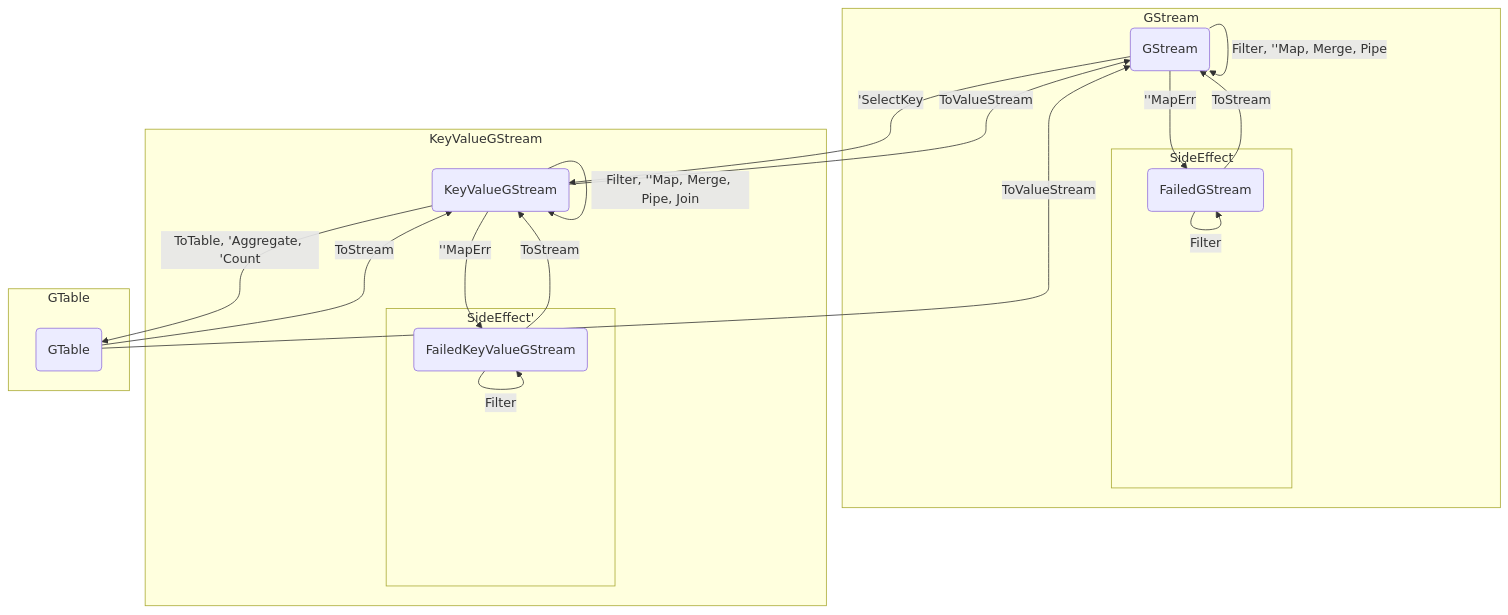
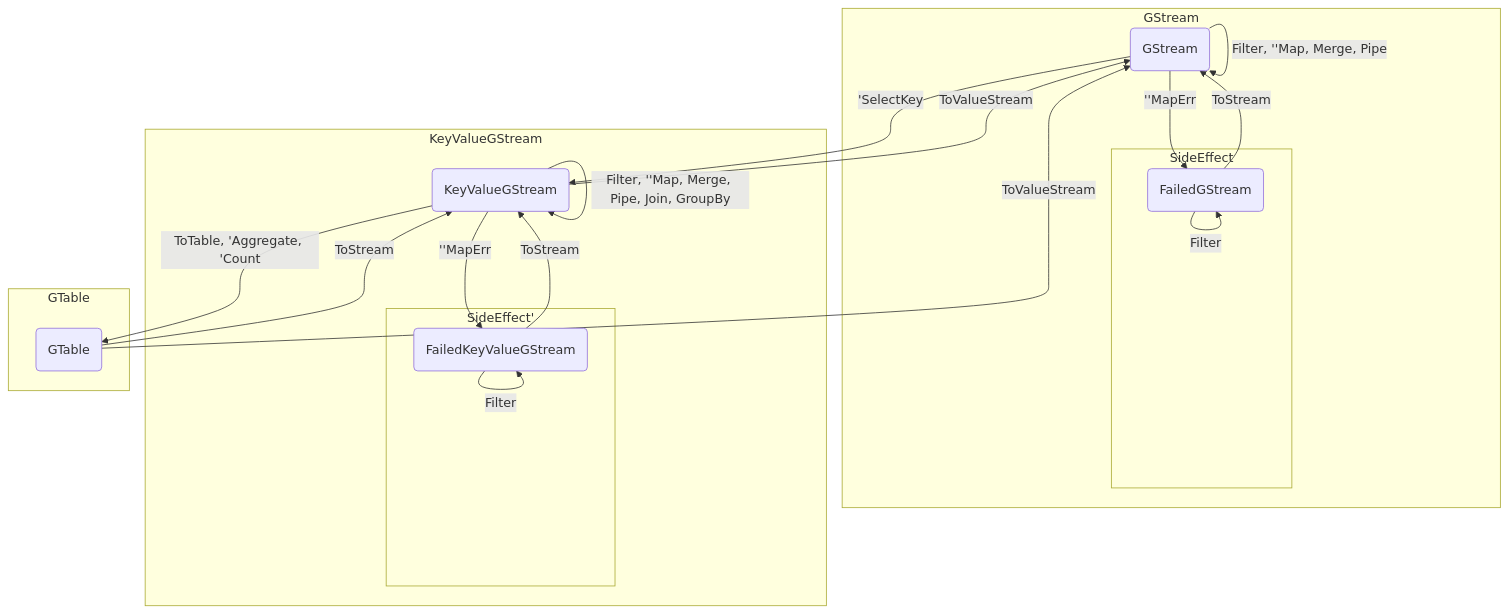
Before and after one commit to KumKeeHyun/gstream: the first of 3 diagrams in README.md, drawn with Mermaid. The commit also changed other lines of this file and 7 other files, not shown here.

````diff
--- a/README.md
+++ b/README.md
@@ -34,31 +34,31 @@
 ```mermaid 
 graph TD
     A(GStream) -->|'SelectKey| B(KeyValueGStream)
     A -->|Filter, ''Map, Merge, Pipe| A
-    B -->|Filter, ''Map, Merge, Pipe, Join| B
+    B -->|Filter, ''Map, Merge, Pipe, Join, GroupBy| B
     B -->|ToValueStream| A
     B -->|ToTable, 'Aggregate, 'Count| C(GTable)
     C -->|ToStream| B
     C -->|ToValueStream| A
     A -->|''MapErr| E(FailedGStream)
     E -->|Filter| E
     E -->|ToStream| A
     B -->|''MapErr| F(FailedKeyValueGStream)
     F -->|Filter| F
     F -->|ToStream| B
     subgraph GStream
     A
     subgraph SideEffect
     E
     end
     end
     subgraph KeyValueGStream
     B
     subgraph SideEffect'
     F
     end
     end
     subgraph GTable
     C
     end
 ```
````
